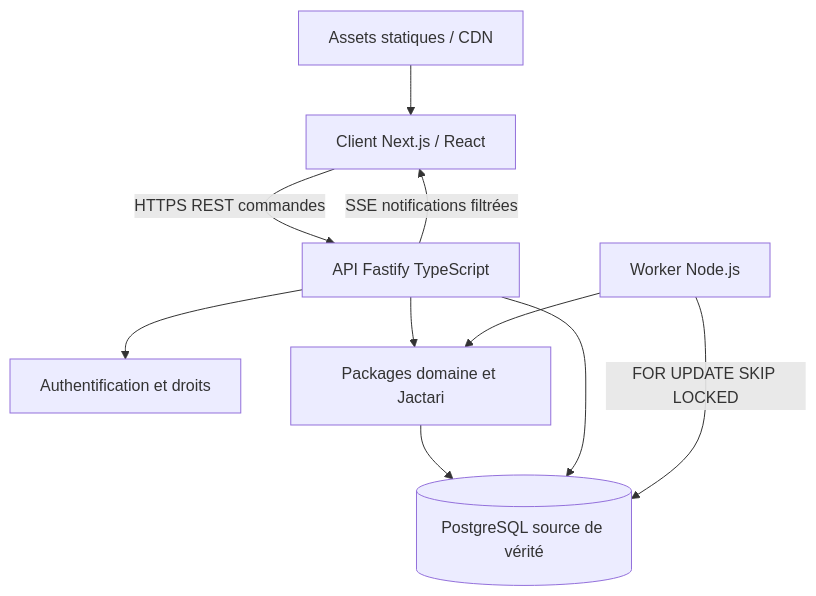
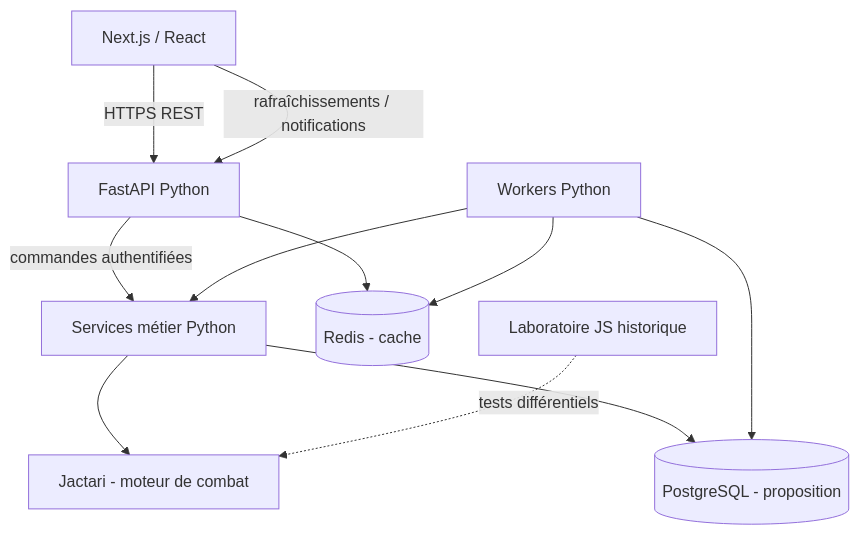
One commit to AstrowareConception/MMHK-like changed the diagram in docs/decisions/ADR-001-STACK-CIBLE-PROPOSITION.md. Above: the diagram before and after it, drawn with Mermaid. The commit also changed other lines of this file, not shown here.

Commit message:
docs(architecture): adopt FastAPI/Next.js/Redis/worker choices and correct combat engine name to Jactari

````diff
--- a/docs/decisions/ADR-001-STACK-CIBLE-PROPOSITION.md
+++ b/docs/decisions/ADR-001-STACK-CIBLE-PROPOSITION.md
@@ -69,12 +46,13 @@
 ```mermaid
 flowchart TD
-  Browser[Client Next.js / React] -->|HTTPS REST commandes| API[API Fastify TypeScript]
-  API --> Auth[Authentification et droits]
-  API --> Domain[Packages domaine et Jactari]
-  Domain --> Database[(PostgreSQL source de vérité)]
-  API --> Database
-  Scheduler[Worker Node.js] -->|FOR UPDATE SKIP LOCKED| Database
-  Scheduler --> Domain
-  API -->|SSE notifications filtrées| Browser
-  Assets[Assets statiques / CDN] --> Browser
+  WEB[Next.js / React] -->|HTTPS REST| API[FastAPI Python]
+  API -->|commandes authentifiées| DOMAIN[Services métier Python]
+  DOMAIN --> JACTARI[Jactari - moteur de combat]
+  DOMAIN --> DB[(PostgreSQL - proposition)]
+  API --> REDIS[(Redis - cache)]
+  WORKERS[Workers Python] --> DB
+  WORKERS --> DOMAIN
+  WORKERS --> REDIS
+  WEB -->|rafraîchissements / notifications| API
+  LAB[Laboratoire JS historique] -.->|tests différentiels| JACTARI
 ```
````
